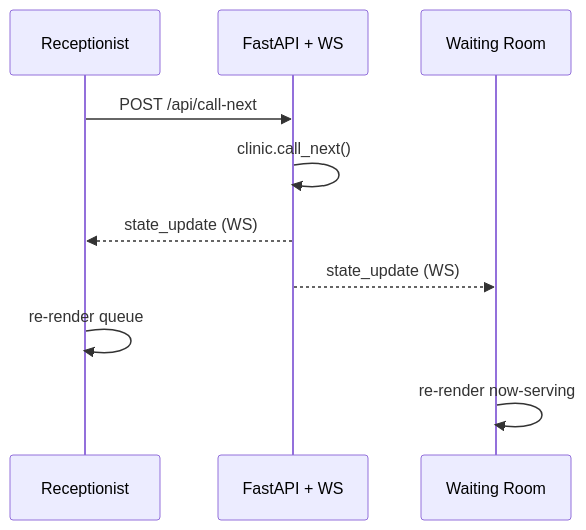
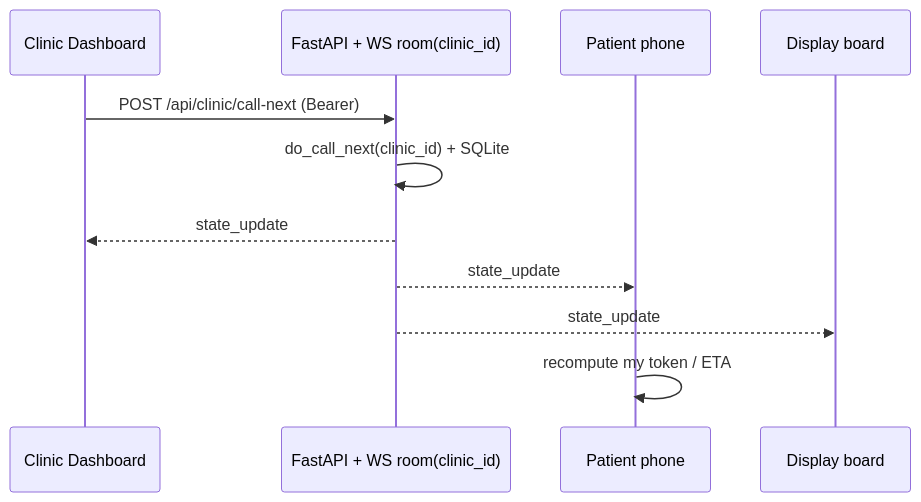
The diagram in socket-events.md (YashIsTheBest247/MediQueue), drawn with Mermaid before and after one commit. The commit also changed other lines of this file and 4 other files, not shown here.

````diff
--- a/socket-events.md
+++ b/socket-events.md
@@ -86,12 +119,13 @@
 ```mermaid
 sequenceDiagram
-    participant R as Receptionist
-    participant S as FastAPI + WS
-    participant W as Waiting Room
-    R->>S: POST /api/call-next
-    S->>S: clinic.call_next()
-    S-->>R: state_update (WS)
-    S-->>W: state_update (WS)
-    R->>R: re-render queue
-    W->>W: re-render now-serving
+    participant C as Clinic Dashboard
+    participant S as FastAPI + WS room(clinic_id)
+    participant P as Patient phone
+    participant D as Display board
+    C->>S: POST /api/clinic/call-next (Bearer)
+    S->>S: do_call_next(clinic_id) + SQLite
+    S-->>C: state_update
+    S-->>P: state_update
+    S-->>D: state_update
+    P->>P: recompute my token / ETA
 ```
````
